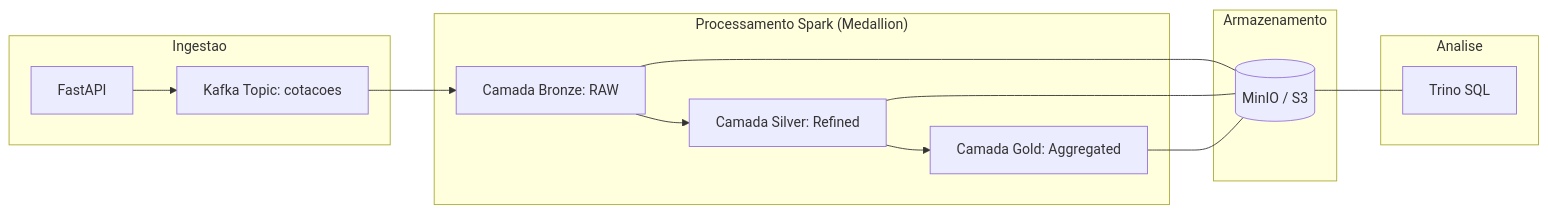
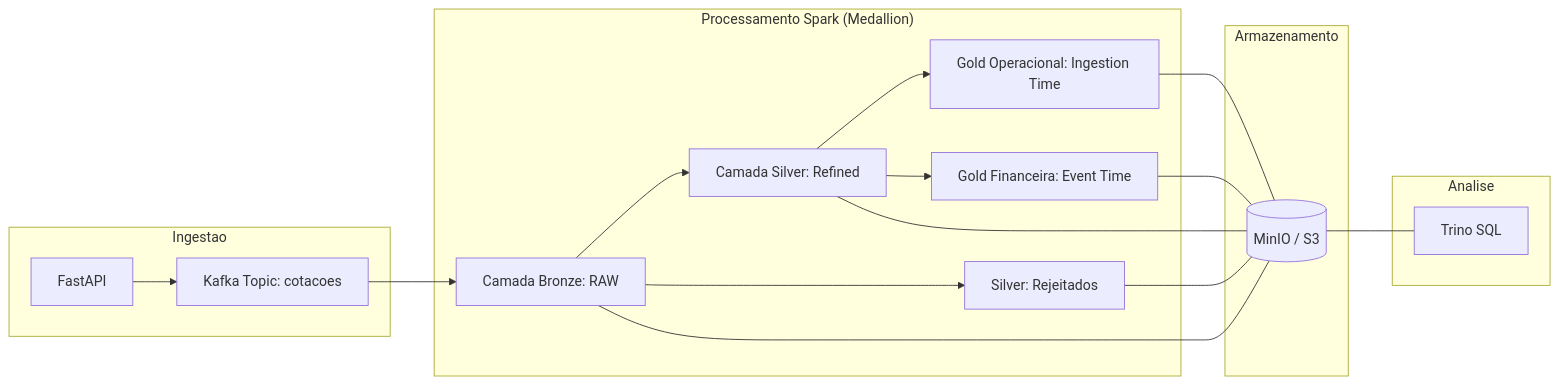
Before and after one commit to Suzyguebata/cotacao_bolsa: the diagram in README.md, drawn with Mermaid. The commit also changed other lines of this file and 22 other files, not shown here.

````diff
--- a/README.md
+++ b/README.md
@@ -18,20 +18,22 @@
 ```mermaid
 graph LR
     subgraph Ingestao
         API[FastAPI] --> Kafka[Kafka Topic: cotacoes]
     end
 
     subgraph "Processamento Spark (Medallion)"
         Kafka --> Bronze[Camada Bronze: RAW]
         Bronze --> Silver[Camada Silver: Refined]
-        Silver --> Gold[Camada Gold: Aggregated]
+        Bronze --> Rejeitados[Silver: Rejeitados]
+        Silver --> GoldOp[Gold Operacional: Ingestion Time]
+        Silver --> GoldFin[Gold Financeira: Event Time]
     end
 
     subgraph Armazenamento
-        Bronze & Silver & Gold --- MinIO[(MinIO / S3)]
+        Bronze & Silver & Rejeitados & GoldOp & GoldFin --- MinIO[(MinIO / S3)]
     end
 
     subgraph Analise
         MinIO --- Trino[Trino SQL]
     end
 ```
````
